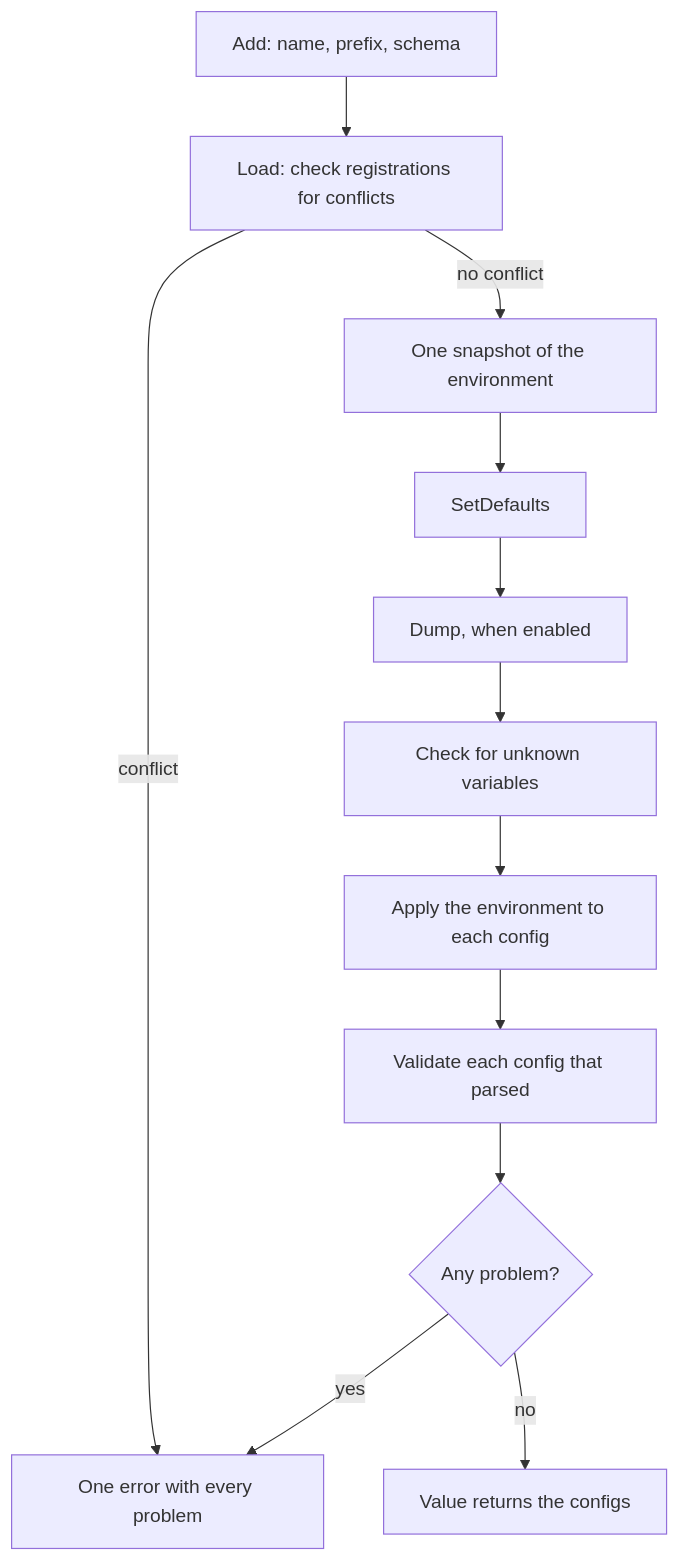
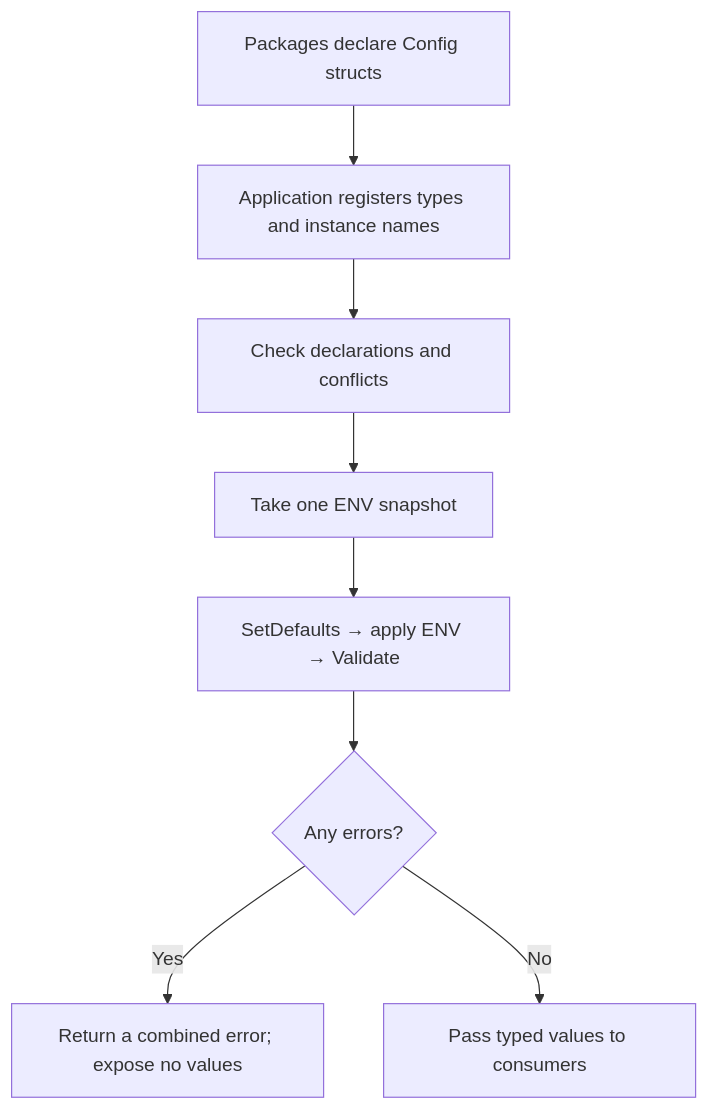
Before and after one commit to uchaloop/confmaker: the diagram in README.md, drawn with Mermaid. The commit also changed other lines of this file and 40 other files, not shown here.

````diff
--- a/README.md
+++ b/README.md
@@ -104,14 +109,10 @@
 ```mermaid
 flowchart TD
-    A["Add: name, prefix, schema"] --> B["Load: check registrations for conflicts"]
-    B -->|conflict| E["One error with every problem"]
-    B -->|no conflict| C["One snapshot of the environment"]
-    C --> D["SetDefaults"]
-    D --> F["Dump, when enabled"]
-    F --> G["Check for unknown variables"]
-    G --> H["Apply the environment to each config"]
-    H --> I["Validate each config that parsed"]
-    I --> J{"Any problem?"}
-    J -->|yes| E
-    J -->|no| K["Value returns the configs"]
+    A["Packages declare Config structs"] --> B["Application registers types and instance names"]
+    B --> C["Check declarations and conflicts"]
+    C --> D["Take one ENV snapshot"]
+    D --> E["SetDefaults → apply ENV → Validate"]
+    E --> F{"Any errors?"}
+    F -->|Yes| G["Return a combined error; expose no values"]
+    F -->|No| H["Pass typed values to consumers"]
 ```
````
